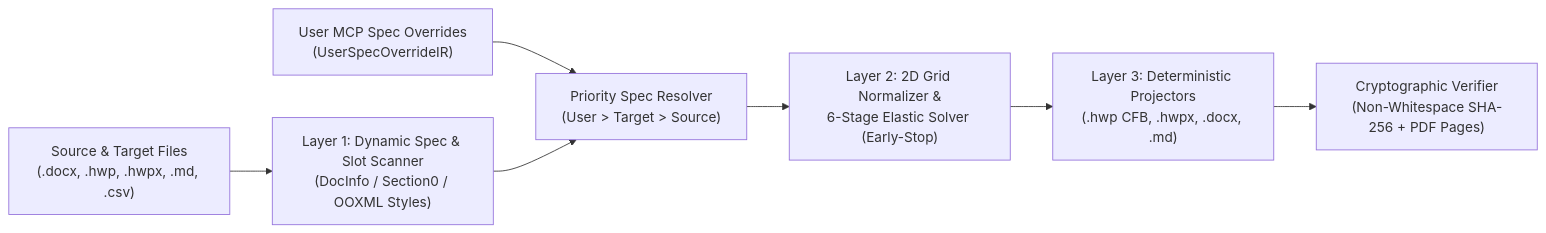
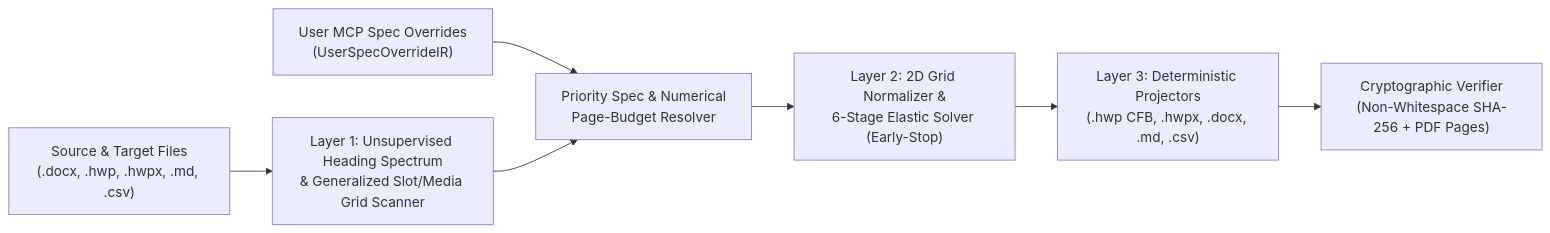
One commit to Team-Sequence-Thaumaturge/-document-IR changed the diagram in README.md. Above: the diagram before and after it, drawn with Mermaid. The commit also changed other lines of this file and 9 other files, not shown here.

Commit message:
Release v3.2.0-beta: universal numerical & topological spec resolution ([NUM-01]..[NUM-04]) and 8-cohort parametric regression matrix (EXP-01..EXP-08)

````diff
--- a/README.md
+++ b/README.md
@@ -31,9 +31,9 @@
 ```mermaid
 flowchart LR
-    A["Source & Target Files<br/>(.docx, .hwp, .hwpx, .md, .csv)"] --> B["Layer 1: Dynamic Spec & Slot Scanner<br/>(DocInfo / Section0 / OOXML Styles)"]
-    U["User MCP Spec Overrides<br/>(UserSpecOverrideIR)"] --> C["Priority Spec Resolver<br/>(User > Target > Source)"]
+    A["Source & Target Files<br/>(.docx, .hwp, .hwpx, .md, .csv)"] --> B["Layer 1: Unsupervised Heading Spectrum<br/>& Generalized Slot/Media Grid Scanner"]
+    U["User MCP Spec Overrides<br/>(UserSpecOverrideIR)"] --> C["Priority Spec & Numerical<br/>Page-Budget Resolver"]
     B --> C
     C --> D["Layer 2: 2D Grid Normalizer &<br/>6-Stage Elastic Solver (Early-Stop)"]
-    D --> E["Layer 3: Deterministic Projectors<br/>(.hwp CFB, .hwpx, .docx, .md)"]
+    D --> E["Layer 3: Deterministic Projectors<br/>(.hwp CFB, .hwpx, .docx, .md, .csv)"]
     E --> F["Cryptographic Verifier<br/>(Non-Whitespace SHA-256 + PDF Pages)"]
 ```
````
